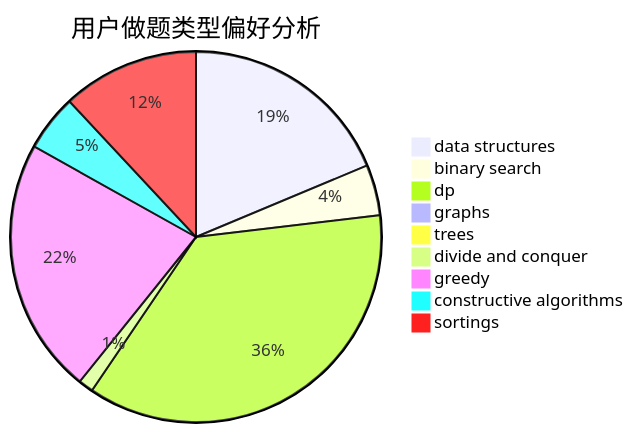
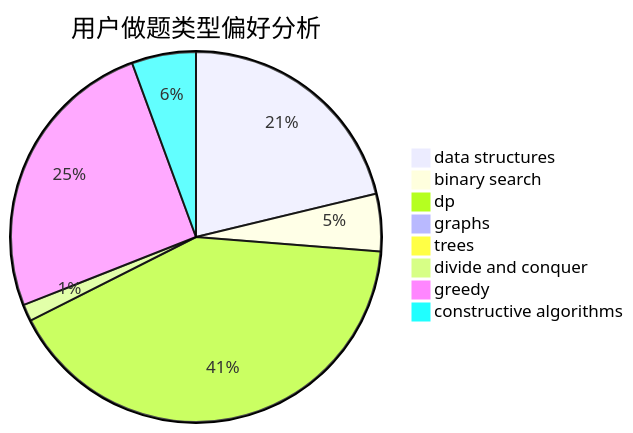
One commit to sherpahu/cfrs.github.io changed the second of 3 diagrams in docs/user/u2694.md. Above: the diagram before and after it, drawn with Mermaid. The commit also changed other lines of this file and 2769 other files, not shown here.

````diff
--- a/docs/user/u2694.md
+++ b/docs/user/u2694.md
@@ -18,12 +18,11 @@
 ```mermaid
 pie title 用户做题类型偏好分析
     "data structures" :  72
     "binary search" :  17
     "dp" :  140
     "graphs" :  1
     "trees" :  3
     "divide and conquer" :  5
     "greedy" :  86
     "constructive algorithms" :  19
-    "sortings" :  46
 ```
````
